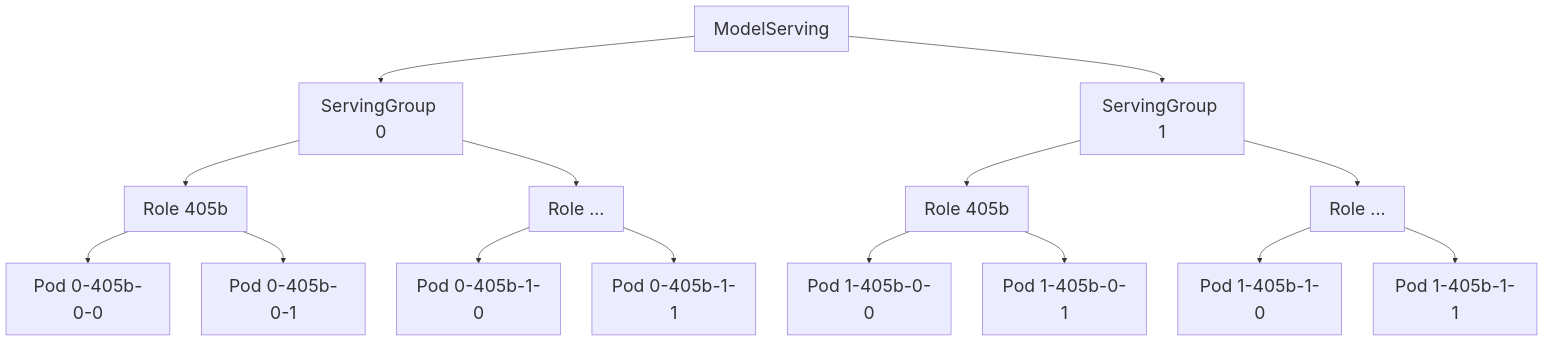
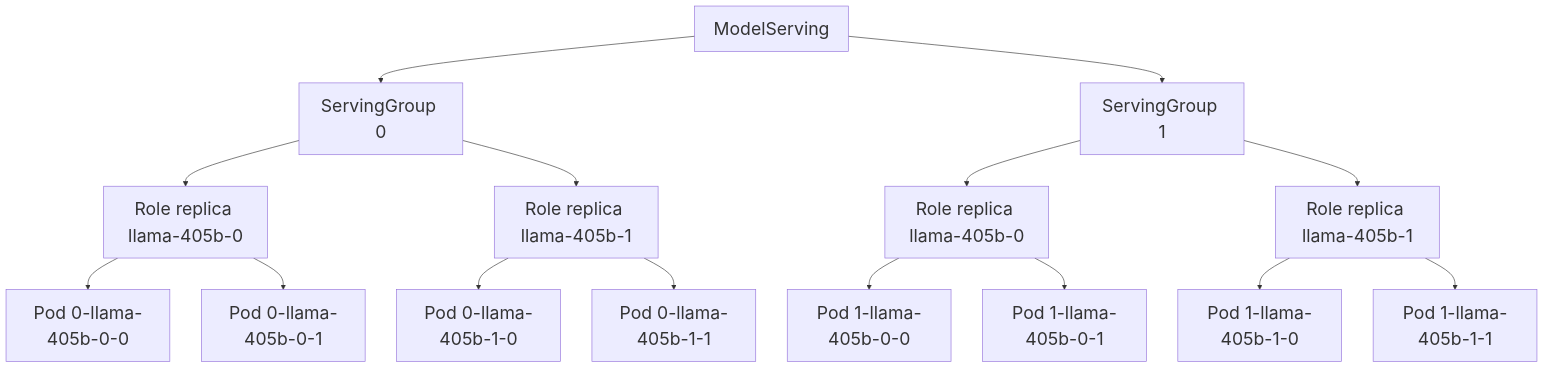
The diagram in docs/kthena/docs/user-guide/multi-node-inference.md (volcano-sh/kthena), drawn with Mermaid before and after one commit. The commit also changed other lines of this file and 1 other file, not shown here.

````diff
--- a/docs/kthena/docs/user-guide/multi-node-inference.md
+++ b/docs/kthena/docs/user-guide/multi-node-inference.md
@@ -54,23 +54,23 @@
 ```mermaid
 %%{init: {'themeVariables': { 'fontSize': '28px'}}}%%
 
 graph TD
     MS[ModelServing] --> SG1[ServingGroup 0]
     MS --> SG2[ServingGroup 1]
     
-    SG1 --> R1[Role 405b]
-    SG1 --> R2[Role ...]
+    SG1 --> R1[Role replica llama-405b-0]
+    SG1 --> R2[Role replica llama-405b-1]
     
-    R1 --> P1[Pod 0-405b-0-0]
-    R1 --> P2[Pod 0-405b-0-1]
-    R2 --> P3[Pod 0-405b-1-0]
-    R2 --> P4[Pod 0-405b-1-1]
+    R1 --> P1[Pod 0-llama-405b-0-0]
+    R1 --> P2[Pod 0-llama-405b-0-1]
+    R2 --> P3[Pod 0-llama-405b-1-0]
+    R2 --> P4[Pod 0-llama-405b-1-1]
     
-    SG2 --> R3[Role 405b]
-    SG2 --> R4[Role ...]
+    SG2 --> R3[Role replica llama-405b-0]
+    SG2 --> R4[Role replica llama-405b-1]
     
-    R3 --> P5[Pod 1-405b-0-0]
-    R3 --> P6[Pod 1-405b-0-1]
-    R4 --> P7[Pod 1-405b-1-0]
-    R4 --> P8[Pod 1-405b-1-1]
+    R3 --> P5[Pod 1-llama-405b-0-0]
+    R3 --> P6[Pod 1-llama-405b-0-1]
+    R4 --> P7[Pod 1-llama-405b-1-0]
+    R4 --> P8[Pod 1-llama-405b-1-1]
 ```
````
